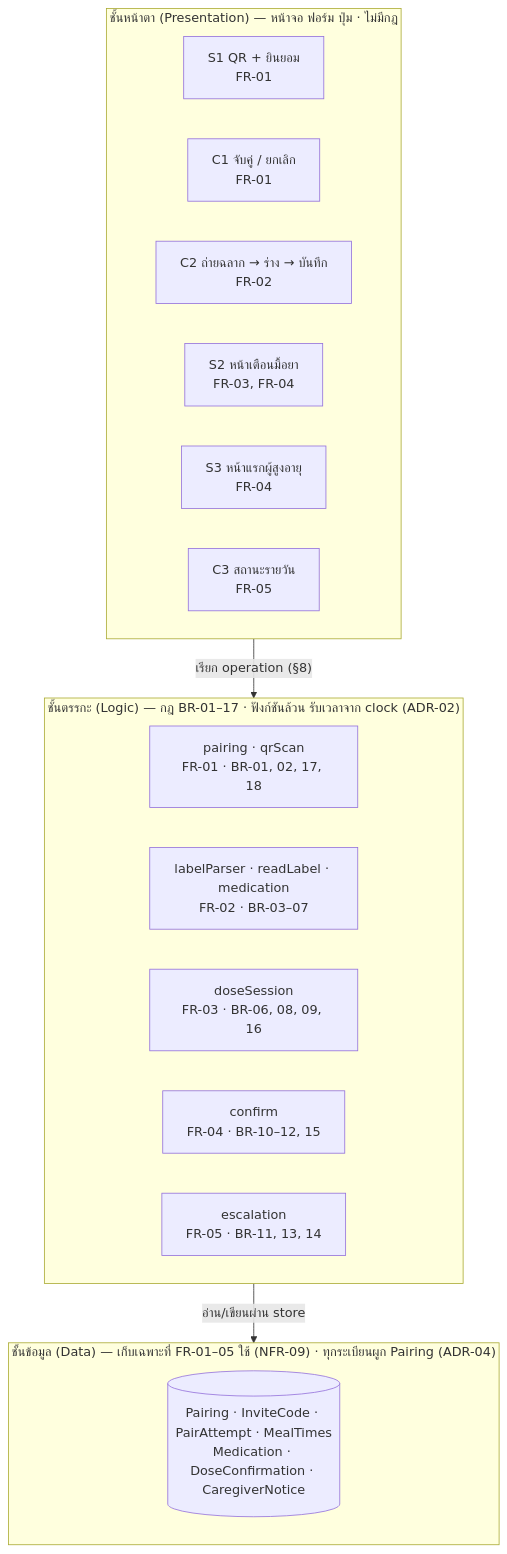
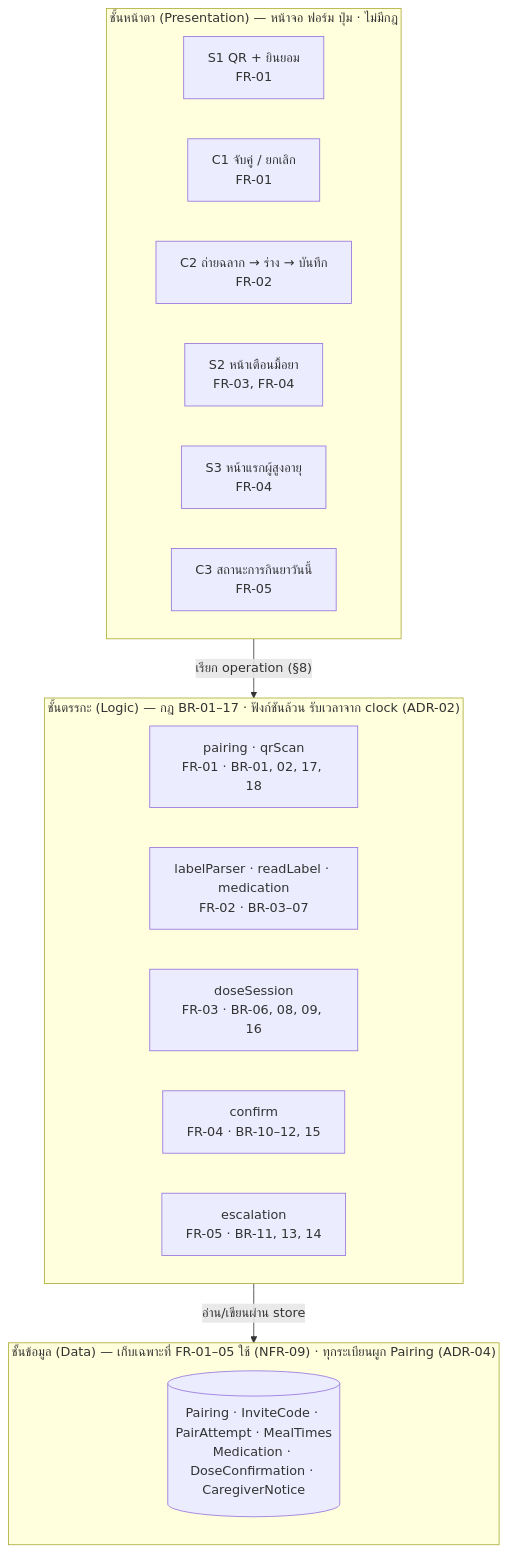
Before and after one commit to yaroo393-png/MedMind_webapp: the first of 8 diagrams in docs/03-design/architecture.md, drawn with Mermaid. The commit also changed other lines of this file and 17 other files, not shown here.

First line of the commit message:
Docs/flow backlog (#11)

````diff
--- a/docs/03-design/architecture.md
+++ b/docs/03-design/architecture.md
@@ -17,26 +17,26 @@
 ```mermaid
 flowchart TB
     subgraph P["ชั้นหน้าตา (Presentation) — หน้าจอ ฟอร์ม ปุ่ม · ไม่มีกฎ"]
         direction LR
         S1["S1 QR + ยินยอม<br/>FR-01"]
         C1["C1 จับคู่ / ยกเลิก<br/>FR-01"]
         C2["C2 ถ่ายฉลาก → ร่าง → บันทึก<br/>FR-02"]
         S2["S2 หน้าเตือนมื้อยา<br/>FR-03, FR-04"]
         S3["S3 หน้าแรกผู้สูงอายุ<br/>FR-04"]
-        C3["C3 สถานะรายวัน<br/>FR-05"]
+        C3["C3 สถานะการกินยาวันนี้<br/>FR-05"]
     end
     subgraph L["ชั้นตรรกะ (Logic) — กฎ BR-01–17 · ฟังก์ชันล้วน รับเวลาจาก clock (ADR-02)"]
         direction LR
         PA["pairing · qrScan<br/>FR-01 · BR-01, 02, 17, 18"]
         ME["labelParser · readLabel · medication<br/>FR-02 · BR-03–07"]
         DS["doseSession<br/>FR-03 · BR-06, 08, 09, 16"]
         CF["confirm<br/>FR-04 · BR-10–12, 15"]
         ES["escalation<br/>FR-05 · BR-11, 13, 14"]
     end
     subgraph D["ชั้นข้อมูล (Data) — เก็บเฉพาะที่ FR-01–05 ใช้ (NFR-09) · ทุกระเบียนผูก Pairing (ADR-04)"]
         direction LR
         STORE[("Pairing · InviteCode · PairAttempt · MealTimes<br/>Medication · DoseConfirmation · CaregiverNotice")]
     end
     P -- "เรียก operation (§8)" --> L
     L -- "อ่าน/เขียนผ่าน store" --> D
 ```
````
